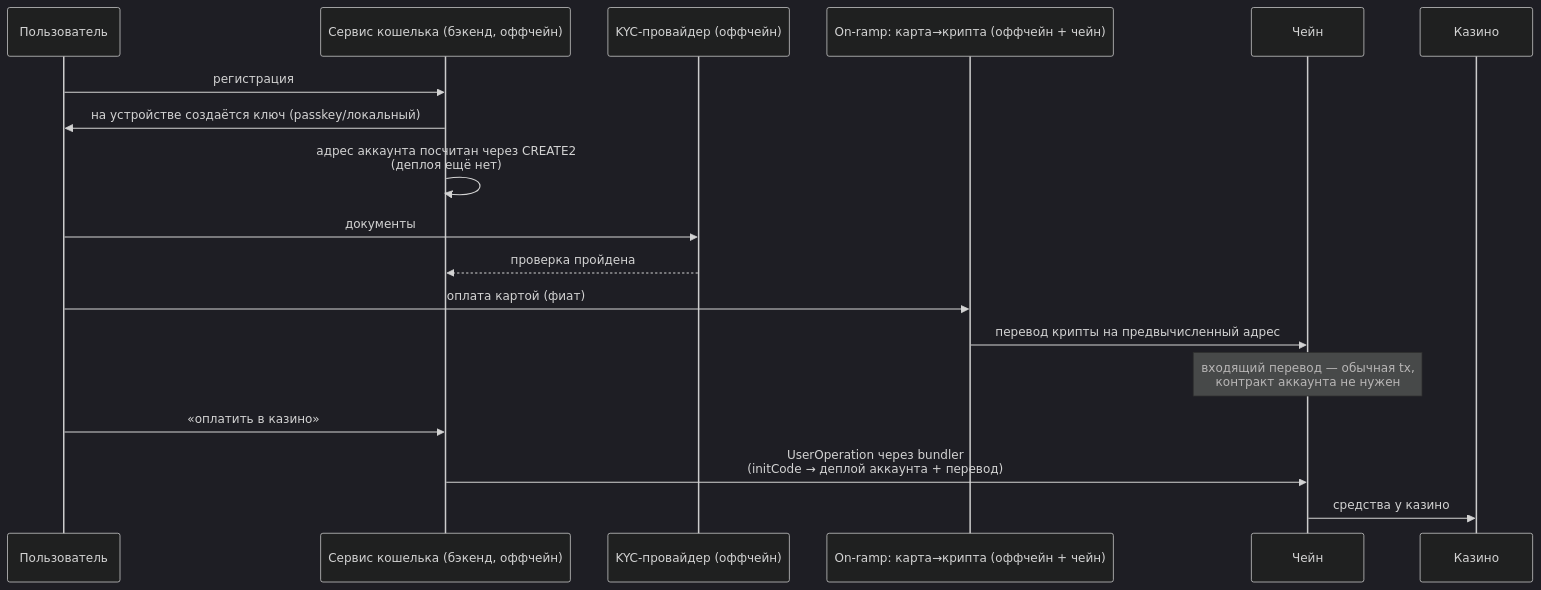
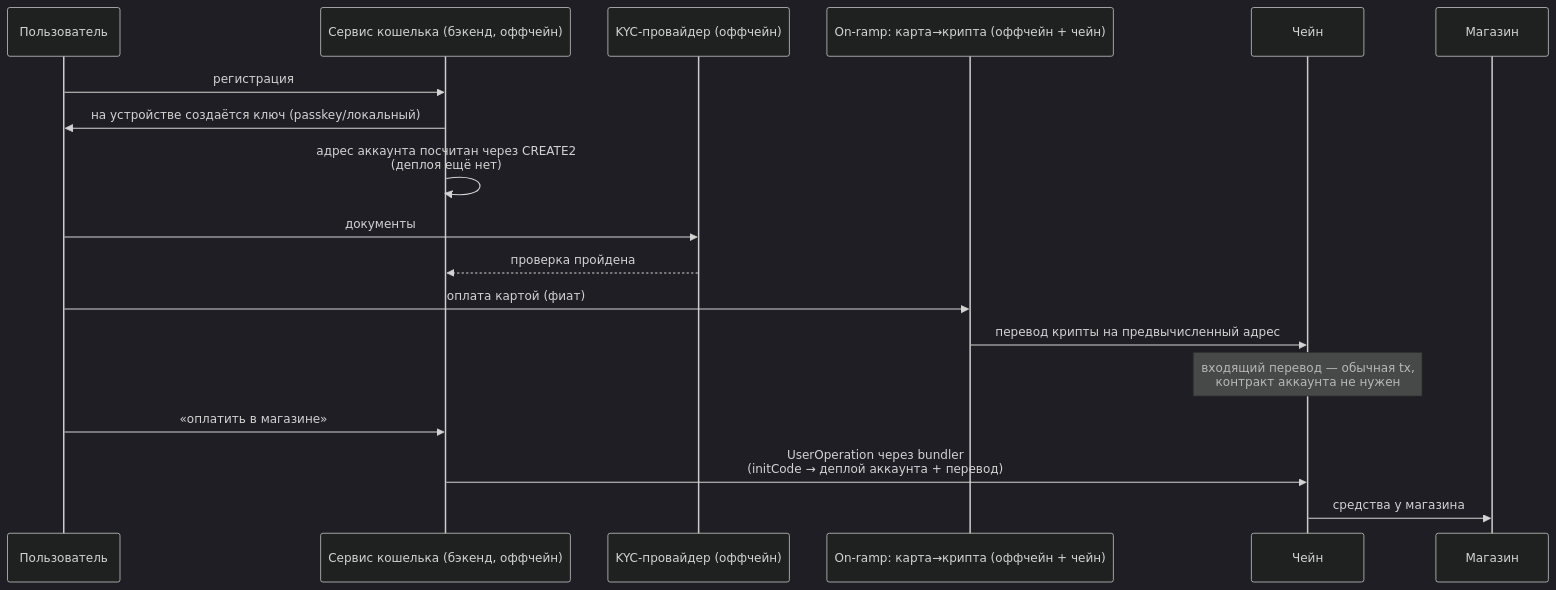
The third of 3 diagrams in erc4337-smart-account.md (shabak/erc4337-smart-account), drawn with Mermaid (dark theme) before and after one commit. The commit also changed other lines of this file, not shown here.

Commit message:
Замена «казино» на «магазин» по всей доке

````diff
--- a/erc4337-smart-account.md
+++ b/erc4337-smart-account.md
@@ -78,21 +78,21 @@
 ```mermaid
 sequenceDiagram
     participant U as Пользователь
     participant S as Сервис кошелька (бэкенд, оффчейн)
     participant KYC as KYC-провайдер (оффчейн)
     participant OR as On-ramp: карта→крипта (оффчейн + чейн)
     participant CH as Чейн
-    participant Caz as Казино
+    participant Shop as Магазин
 
     U->>S: регистрация
     S->>U: на устройстве создаётся ключ (passkey/локальный)
     S->>S: адрес аккаунта посчитан через CREATE2<br/>(деплоя ещё нет)
     U->>KYC: документы
     KYC-->>S: проверка пройдена
     U->>OR: оплата картой (фиат)
     OR->>CH: перевод крипты на предвычисленный адрес
     Note over CH: входящий перевод — обычная tx,<br/>контракт аккаунта не нужен
-    U->>S: «оплатить в казино»
+    U->>S: «оплатить в магазине»
     S->>CH: UserOperation через bundler<br/>(initCode → деплой аккаунта + перевод)
-    CH->>Caz: средства у казино
+    CH->>Shop: средства у магазина
 ```
````
